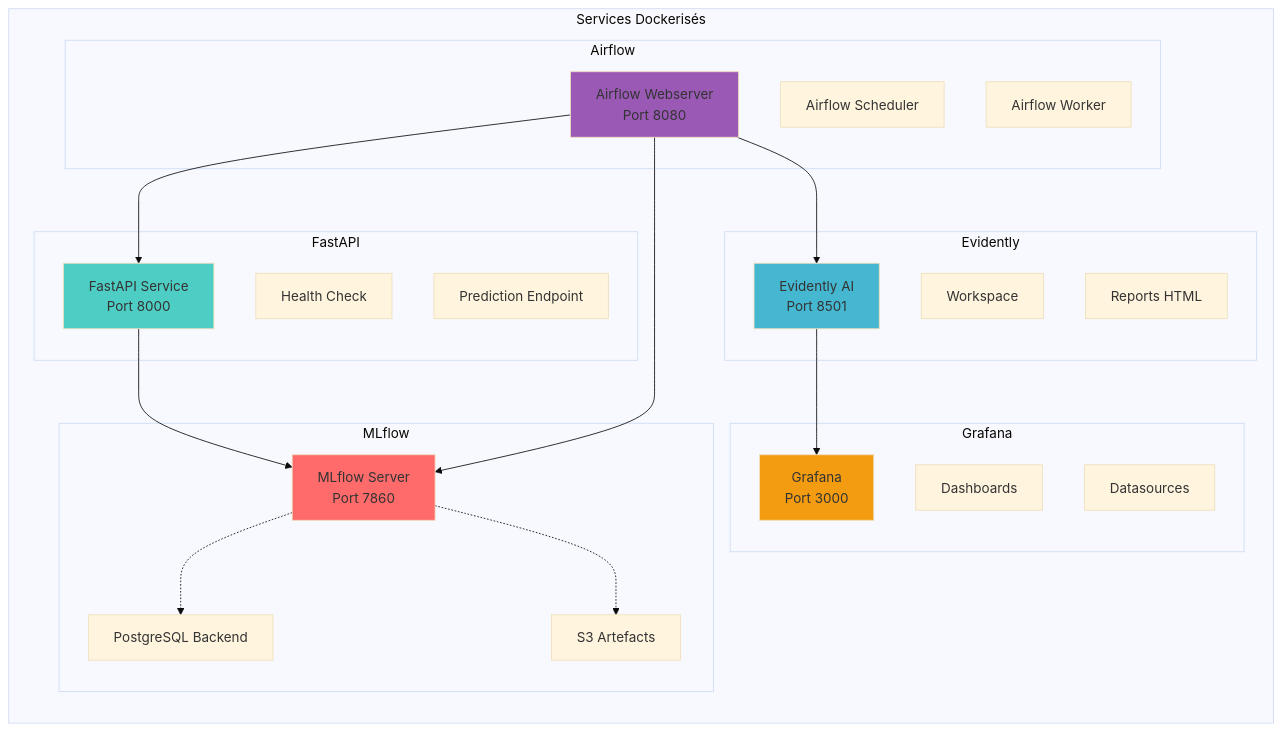
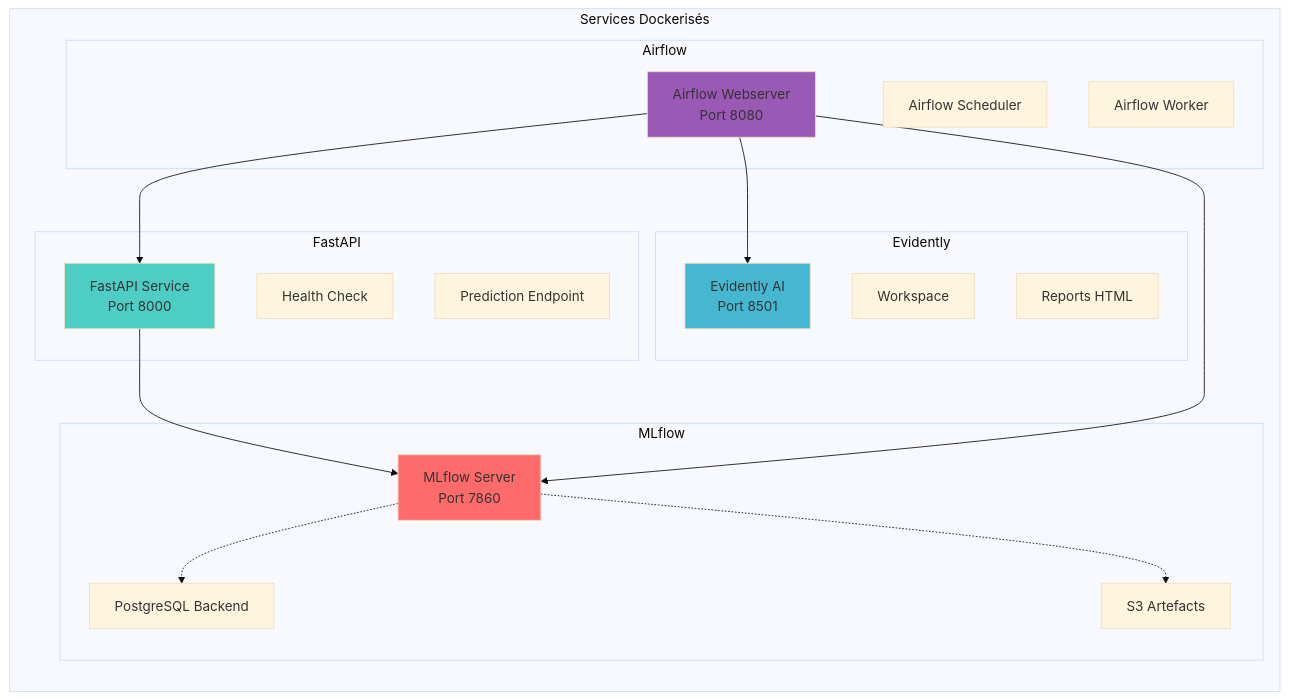
Before and after one commit to jinsudai/jinsudai: the second of 6 diagrams in Services/docsify/docs/architecture-globale.md, drawn with Mermaid (base theme). The commit also changed other lines of this file and 9 other files, not shown here.

````diff
--- a/Services/docsify/docs/architecture-globale.md
+++ b/Services/docsify/docs/architecture-globale.md
@@ -58,48 +56,40 @@
 ```mermaid
 graph LR
     subgraph "Services Dockerisés"
         subgraph "MLflow"
             ML1[MLflow Server<br/>Port 7860]
             ML2[PostgreSQL Backend]
             ML3[S3 Artefacts]
         end
         
         subgraph "FastAPI"
             FA1[FastAPI Service<br/>Port 8000]
             FA2[Health Check]
             FA3[Prediction Endpoint]
         end
         
         subgraph "Evidently"
             EV1[Evidently AI<br/>Port 8501]
             EV2[Workspace]
             EV3[Reports HTML]
         end
         
-        subgraph "Grafana"
-            GR1[Grafana<br/>Port 3000]
-            GR2[Dashboards]
-            GR3[Datasources]
-        end
-        
         subgraph "Airflow"
             AF1[Airflow Webserver<br/>Port 8080]
             AF2[Airflow Scheduler]
             AF3[Airflow Worker]
         end
     end
     
     ML1 -.-> ML2
     ML1 -.-> ML3
     FA1 --> ML1
     AF1 --> FA1
     AF1 --> ML1
     AF1 --> EV1
-    EV1 --> GR1
     
     style ML1 fill:#ff6b6b
     style FA1 fill:#4ecdc4
     style EV1 fill:#45b7d1
-    style GR1 fill:#f39c12
     style AF1 fill:#9b59b6
 ```
````
